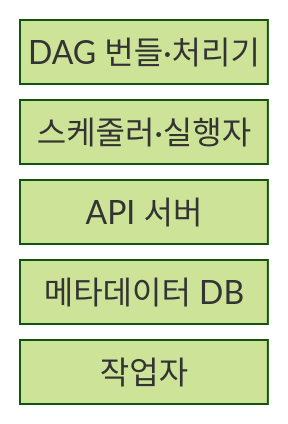
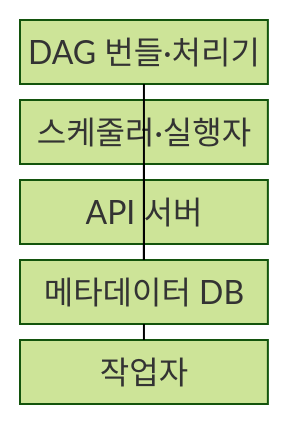
One commit to agnusdei1207/knowledge-base changed the first of 2 diagrams in src/content/docs/notes/03-software/139_data_pipeline_orchestration.md. Above: the diagram before and after it, drawn with Mermaid (forest theme). The commit also changed other lines of this file and 20 other files, not shown here.

````diff
--- a/src/content/docs/notes/03-software/139_data_pipeline_orchestration.md
+++ b/src/content/docs/notes/03-software/139_data_pipeline_orchestration.md
@@ -63,9 +63,13 @@
 ```mermaid
-block-beta
+block
     columns 1
     A["DAG 번들·처리기"]
     B["스케줄러·실행자"]
     C["API 서버"]
     D["메타데이터 DB"]
     E["작업자"]
+    A --- D
+    B --- D
+    C --- D
+    D --- E
 ```
````
